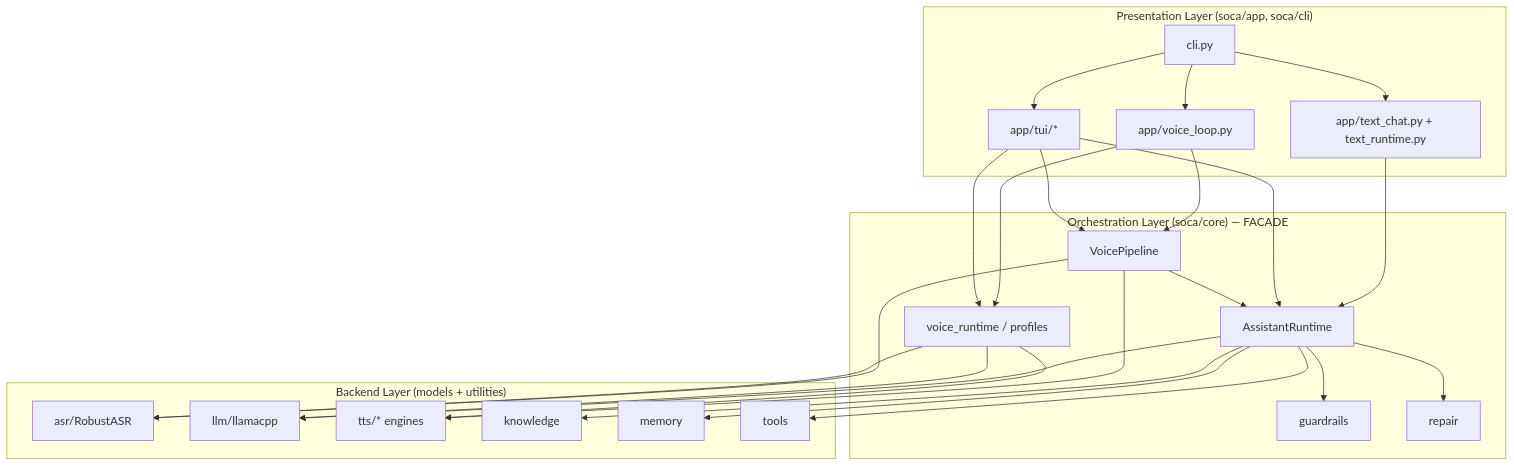
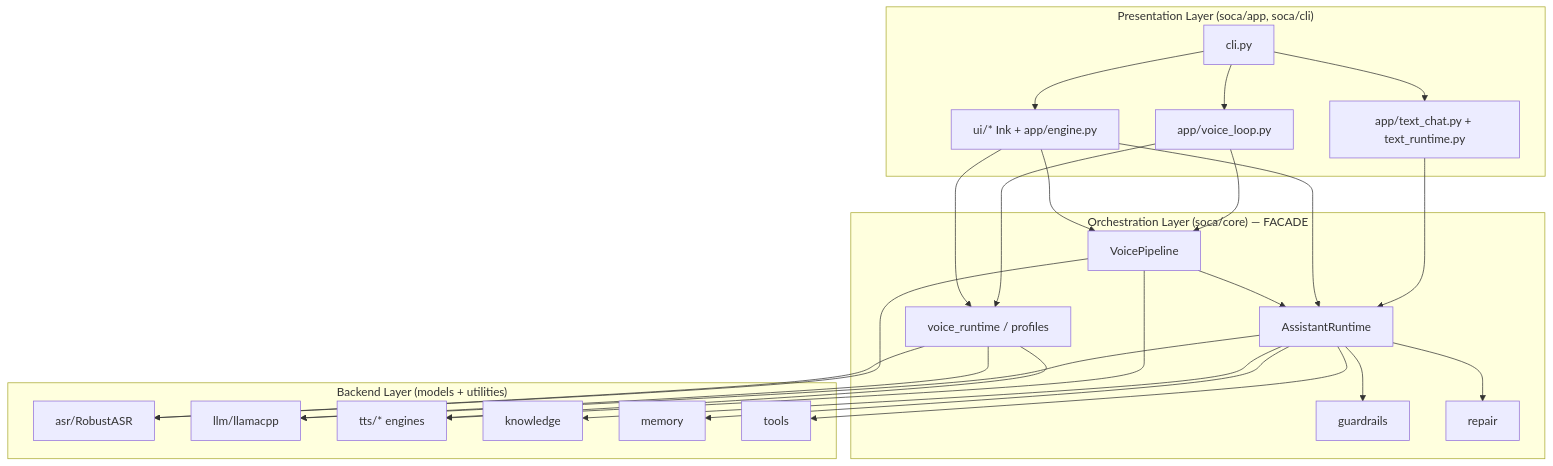
The first of 2 diagrams in docs/02-architecture.md (finalflash159/soca), drawn with Mermaid before and after one commit. The commit also changed 28 other files, not shown here.

Commit message:
refactor(ui): remove Textual TUI, Ink UI is the only cockpit

````diff
--- a/docs/02-architecture.md
+++ b/docs/02-architecture.md
@@ -39,32 +39,32 @@
 ```mermaid
 flowchart TD
     subgraph L3["Presentation Layer (soca/app, soca/cli)"]
         cli[cli.py]
         vloop[app/voice_loop.py]
         tchat[app/text_chat.py + text_runtime.py]
-        tui[app/tui/*]
+        tui[ui/* Ink + app/engine.py]
     end
     subgraph L2["Orchestration Layer (soca/core) — FACADE"]
         runtime[AssistantRuntime]
         pipeline[VoicePipeline]
         vrt[voice_runtime / profiles]
         guard[guardrails]
         repair[repair]
     end
     subgraph L1["Backend Layer (models + utilities)"]
         asr[asr/RobustASR]
         llm[llm/llamacpp]
         tts[tts/* engines]
         kn[knowledge]
         mem[memory]
         tools[tools]
     end
 
     cli --> vloop & tchat & tui
     vloop --> pipeline & vrt
     tchat --> runtime
     tui --> runtime & pipeline & vrt
     pipeline --> asr & tts & runtime
     runtime --> guard & repair & llm & kn & mem & tools
     vrt --> asr & llm & tts
 ```
````
